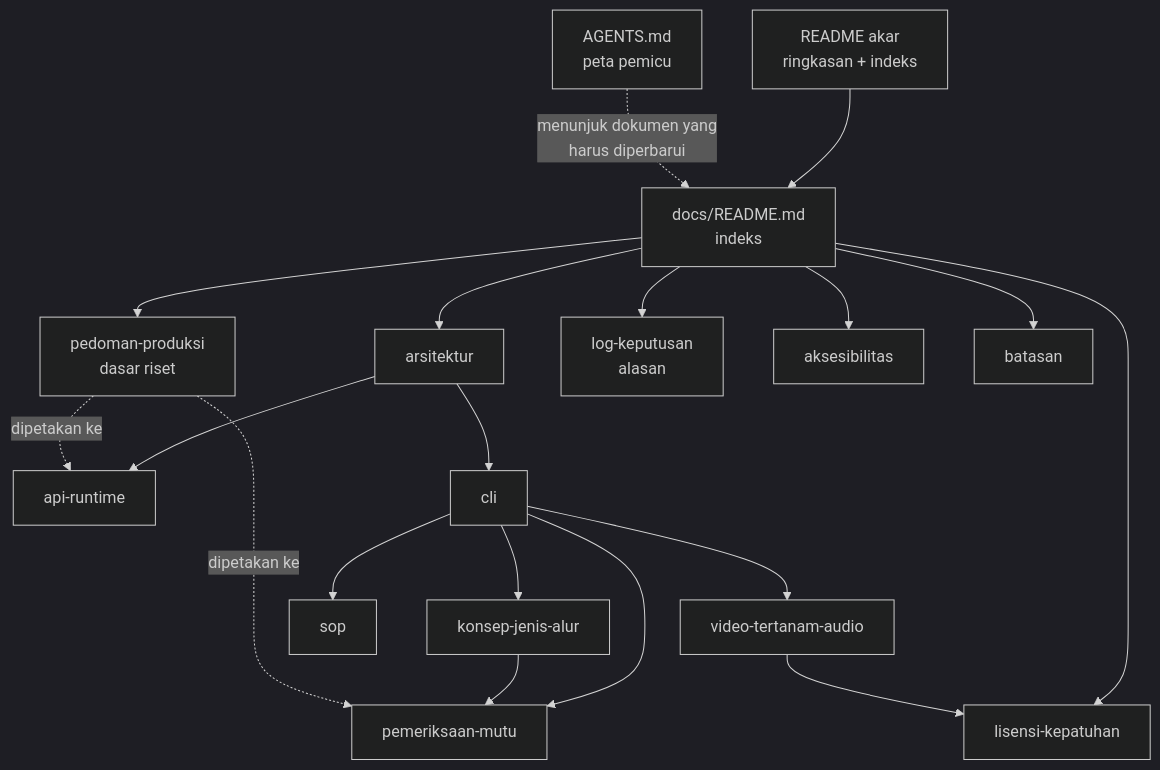
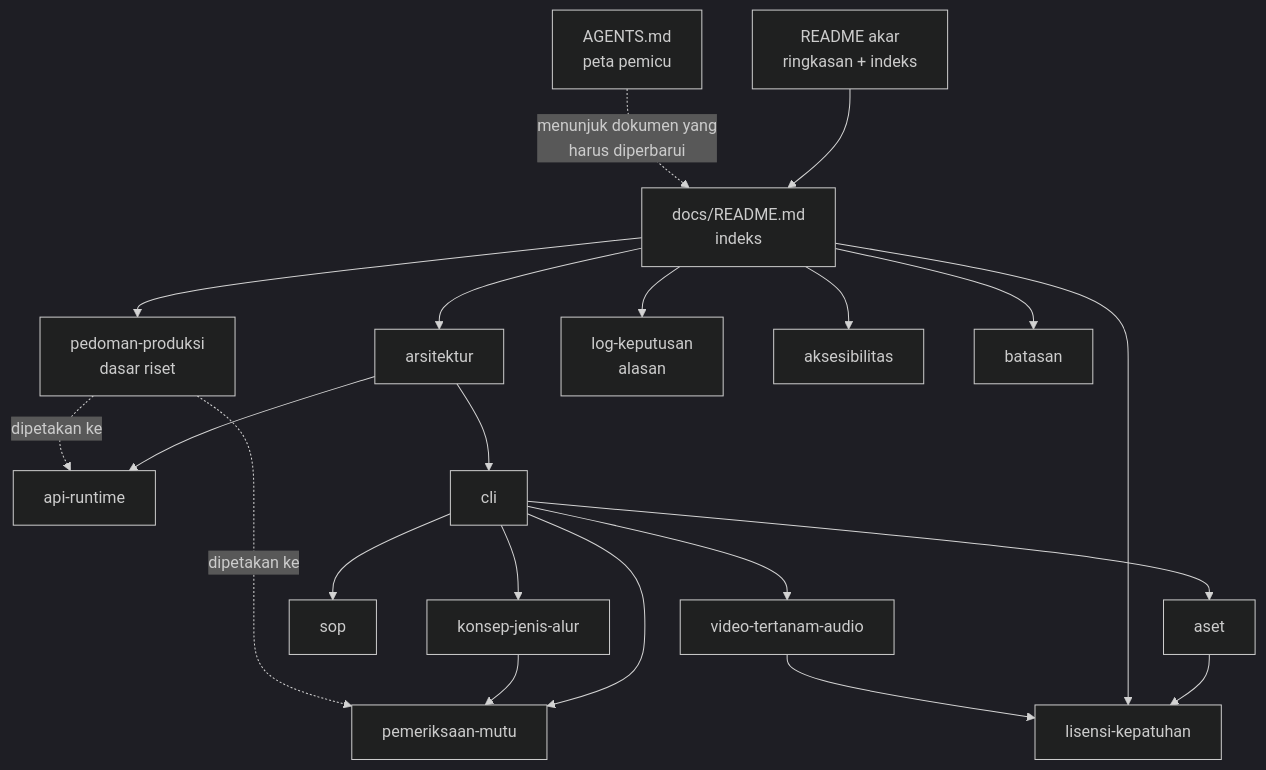
Before and after one commit to ahliweb/awvd: the diagram in docs/README.md, drawn with Mermaid (dark theme). The commit also changed other lines of this file and 22 other files, not shown here.

Commit message:
feat: blokir jaringan saat render, muat font eksplisit, dan CLI aset (validasi lisensi, SVG, resolusi, sRGB)

````diff
--- a/docs/README.md
+++ b/docs/README.md
@@ -35,21 +36,23 @@
 ```mermaid
 flowchart TD
     R[README akar<br/>ringkasan + indeks] --> I[docs/README.md<br/>indeks]
     I --> A[arsitektur]
     A --> API[api-runtime]
     A --> CLI[cli]
     CLI --> QC[pemeriksaan-mutu]
     CLI --> KLP[video-tertanam-audio]
     CLI --> SOP[sop]
+    CLI --> ASET[aset]
+    ASET --> LIS
     CLI --> KON[konsep-jenis-alur]
     KON --> QC
     I --> PP[pedoman-produksi<br/>dasar riset]
     I --> LK[log-keputusan<br/>alasan]
     I --> AKS[aksesibilitas]
     I --> BAT[batasan]
     I --> LIS[lisensi-kepatuhan]
     KLP --> LIS
     PP -.->|dipetakan ke| API
     PP -.->|dipetakan ke| QC
     AG[AGENTS.md<br/>peta pemicu] -.->|menunjuk dokumen yang<br/>harus diperbarui| I
 ```
````
